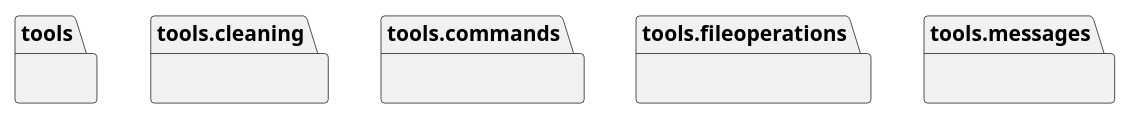
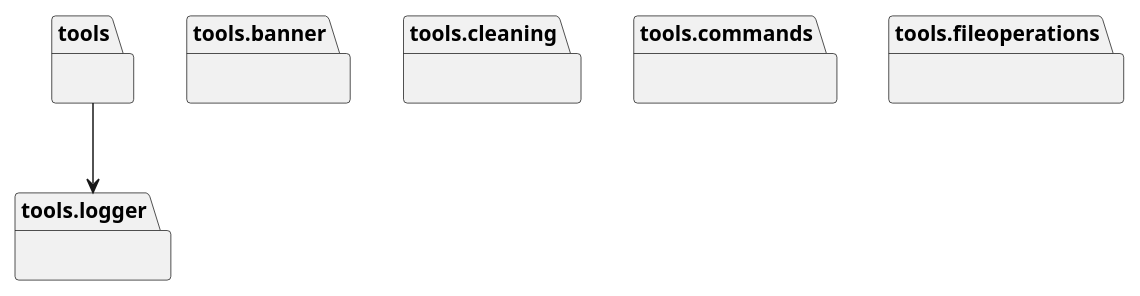
The diagram in docs/architecture/tools/packages.puml (seppzer0/zero_kernel), drawn with PlantUML before and after one commit. The commit also changed 16 other files, not shown here.

```diff
--- a/docs/architecture/tools/packages.puml
+++ b/docs/architecture/tools/packages.puml
@@ -1,13 +1,16 @@
 @startuml packages
 set namespaceSeparator none
 package "tools" as tools {
+}
+package "tools.banner" as tools.banner {
 }
 package "tools.cleaning" as tools.cleaning {
 }
 package "tools.commands" as tools.commands {
 }
 package "tools.fileoperations" as tools.fileoperations {
 }
-package "tools.messages" as tools.messages {
+package "tools.logger" as tools.logger {
 }
+tools --> tools.logger
 @enduml
```
